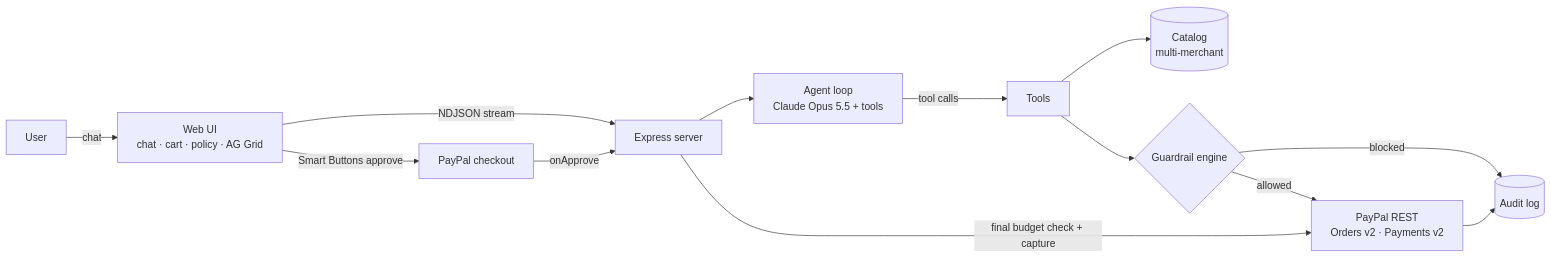
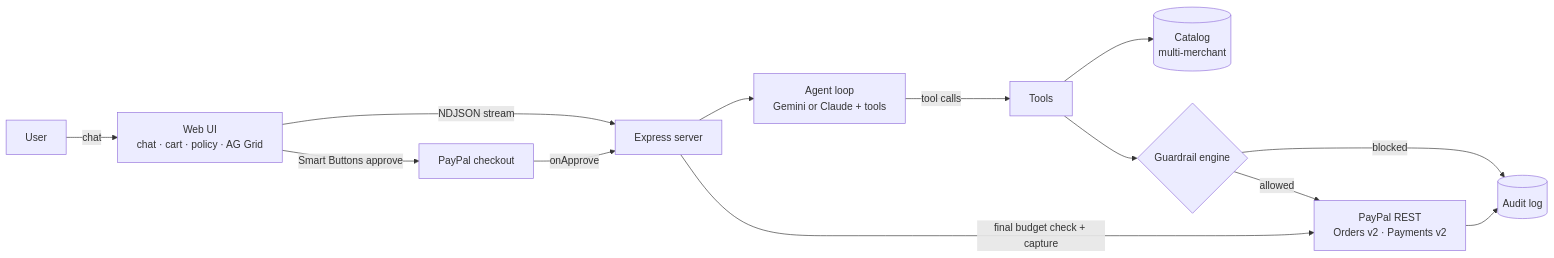
One commit to sanjaysaini383/paypal changed the diagram in README.md. Above: the diagram before and after it, drawn with Mermaid. The commit also changed other lines of this file and 2 other files, not shown here.

Commit message:
Document free Gemini, Groq and OpenRouter options

````diff
--- a/README.md
+++ b/README.md
@@ -62,14 +63,14 @@
 ```mermaid
 flowchart LR
   U[User] -->|chat| UI[Web UI<br/>chat · cart · policy · AG Grid]
   UI -->|NDJSON stream| S[Express server]
-  S --> A[Agent loop<br/>Claude Opus 5.5 + tools]
+  S --> A[Agent loop<br/>Gemini or Claude + tools]
   A -->|tool calls| T[Tools]
   T --> C[(Catalog<br/>multi-merchant)]
   T --> G{Guardrail engine}
   G -->|allowed| P[PayPal REST<br/>Orders v2 · Payments v2]
   G -->|blocked| L[(Audit log)]
   P --> L
   UI -->|Smart Buttons approve| PP[PayPal checkout]
   PP -->|onApprove| S -->|final budget check + capture| P
 ```
````
